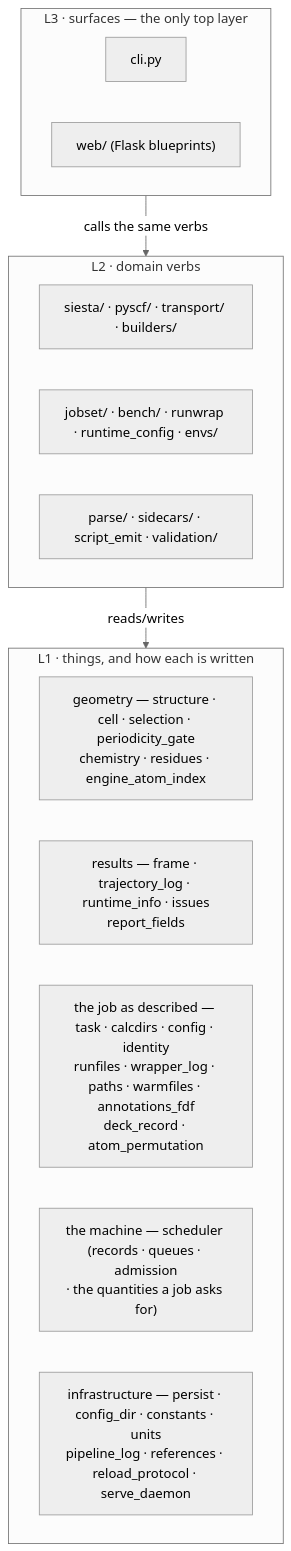
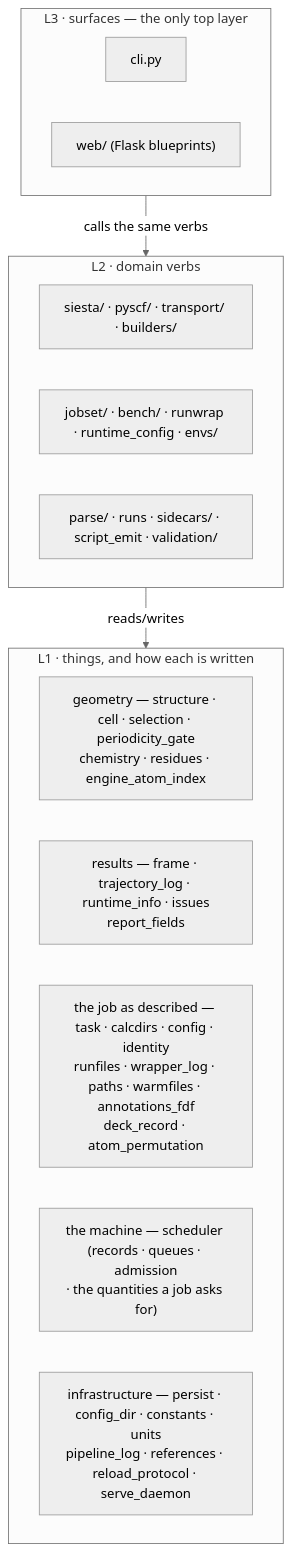
Before and after one commit to Qing-LAB/molbuilder: the diagram in docs/architecture.md, drawn with Mermaid (neutral theme). The commit also changed other lines of this file and 44 other files, not shown here.

````diff
--- a/docs/architecture.md
+++ b/docs/architecture.md
@@ -101,21 +101,21 @@
 ```mermaid
 flowchart TB
   subgraph L3["L3 · surfaces — the only top layer"]
     CLI["cli.py"]
     WEB["web/ (Flask blueprints)"]
   end
   subgraph L2["L2 · domain verbs"]
     ENG["siesta/ · pyscf/ · transport/ · builders/"]
     EXE["jobset/ · bench/ · runwrap · runtime_config · envs/"]
-    RW["parse/ · sidecars/ · script_emit · validation/"]
+    RW["parse/ · runs · sidecars/ · script_emit · validation/"]
   end
   subgraph L1["L1 · things, and how each is written"]
     GEO["geometry — structure · cell · selection · periodicity_gate<br/>chemistry · residues · engine_atom_index"]
     RES["results — frame · trajectory_log · runtime_info · issues<br/>report_fields"]
     JOB["the job as described — task · calcdirs · config · identity<br/>runfiles · wrapper_log · paths · warmfiles · annotations_fdf<br/>deck_record · atom_permutation"]
     MACH["the machine — scheduler (records · queues · admission<br/>· the quantities a job asks for)"]
     INF["infrastructure — persist · config_dir · constants · units<br/>pipeline_log · references · reload_protocol · serve_daemon"]
   end
   L3 -->|calls the same verbs| L2
   L2 -->|reads/writes| L1
 ```
````
